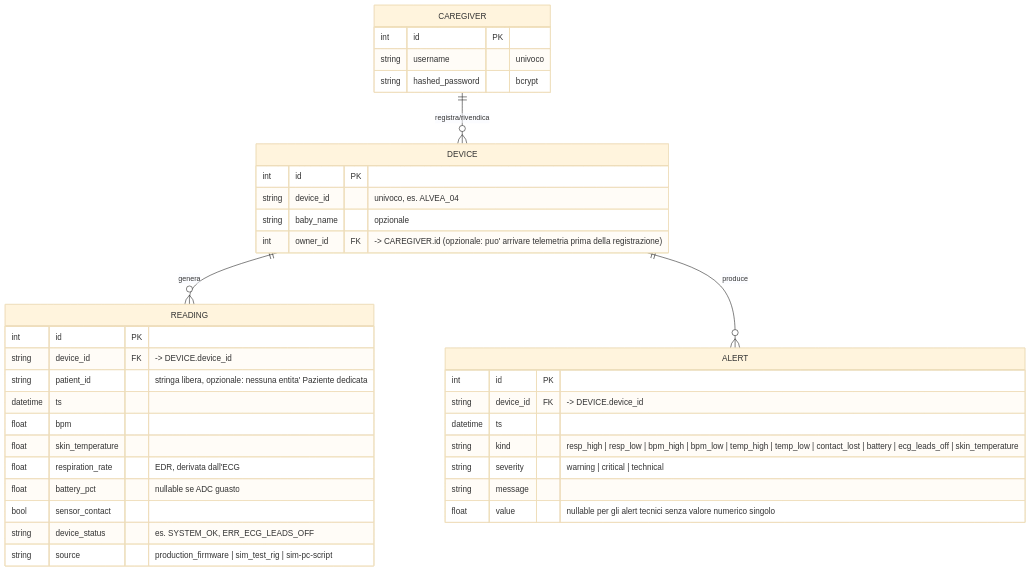
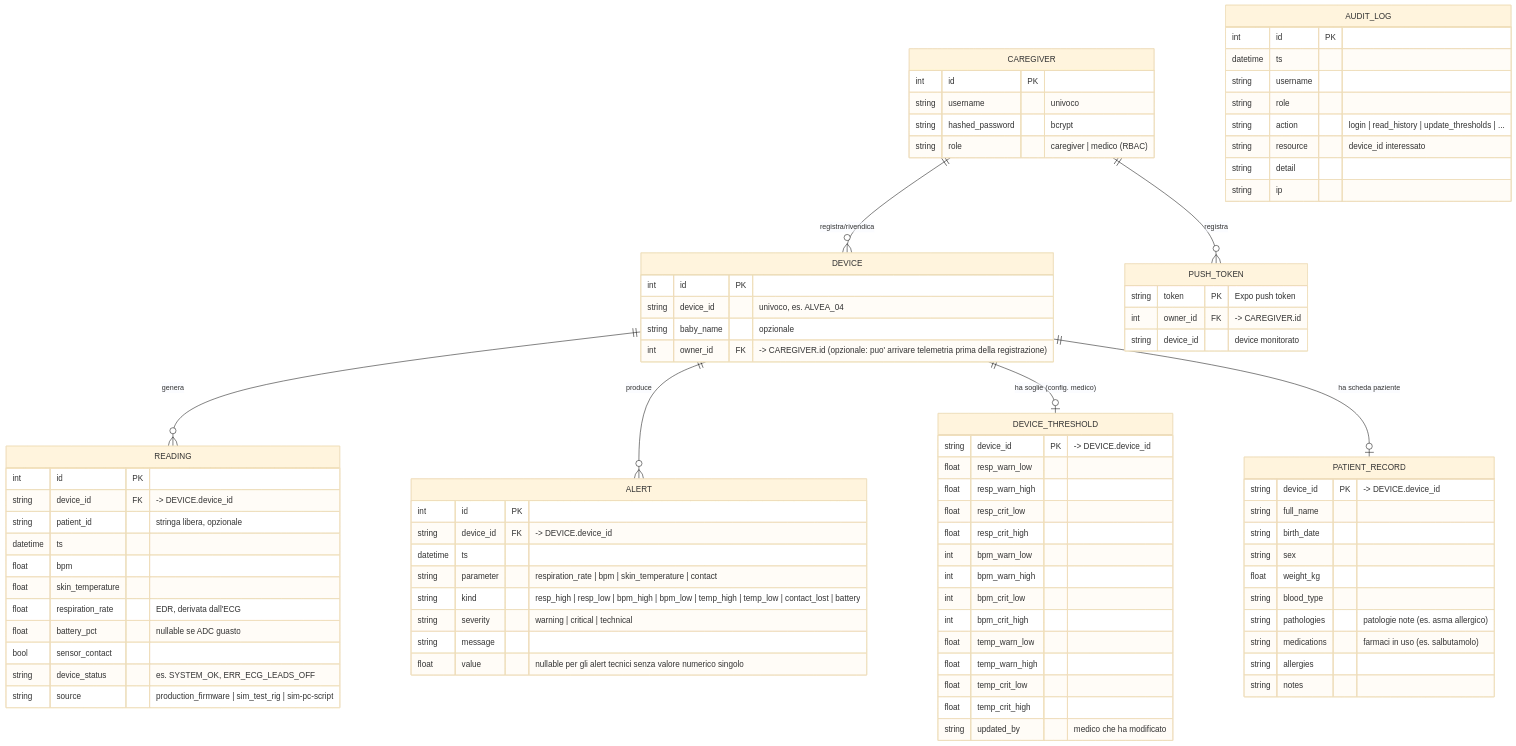
One commit to acrisci05/Alvea changed the diagram in docs/03-er-schema.md. Above: the diagram before and after it, drawn with Mermaid (base theme). The commit also changed other lines of this file and 3 other files, not shown here.

Commit message:
Aggiornato: documentazione - requisiti RQ-10/RQ-12 implementati, schema E-R con entita' soglie/scheda paziente/audit/push, diagramma sequenza con role, SICUREZZA.md con RBAC/alert/soglie/audit

````diff
--- a/docs/03-er-schema.md
+++ b/docs/03-er-schema.md
@@ -5,13 +5,17 @@
 ```mermaid
 erDiagram
     CAREGIVER ||--o{ DEVICE : "registra/rivendica"
+    CAREGIVER ||--o{ PUSH_TOKEN : "registra"
     DEVICE    ||--o{ READING : "genera"
     DEVICE    ||--o{ ALERT   : "produce"
+    DEVICE    ||--o| DEVICE_THRESHOLD : "ha soglie (config. medico)"
+    DEVICE    ||--o| PATIENT_RECORD : "ha scheda paziente"
 
     CAREGIVER {
         int    id PK
         string username "univoco"
         string hashed_password "bcrypt"
+        string role "caregiver | medico (RBAC)"
     }
     DEVICE {
         int    id PK
@@ -22,7 +26,7 @@
     READING {
         int      id PK
         string   device_id FK "-> DEVICE.device_id"
-        string   patient_id "stringa libera, opzionale: nessuna entita' Paziente dedicata"
+        string   patient_id "stringa libera, opzionale"
         datetime ts
         float    bpm
         float    skin_temperature
@@ -36,9 +40,53 @@
         int      id PK
         string   device_id FK "-> DEVICE.device_id"
         datetime ts
-        string   kind "resp_high | resp_low | bpm_high | bpm_low | temp_high | temp_low | contact_lost | battery | ecg_leads_off | skin_temperature"
+        string   parameter "respiration_rate | bpm | skin_temperature | contact"
+        string   kind "resp_high | resp_low | bpm_high | bpm_low | temp_high | temp_low | contact_lost | battery"
         string   severity "warning | critical | technical"
         string   message
         float    value "nullable per gli alert tecnici senza valore numerico singolo"
     }
+    DEVICE_THRESHOLD {
+        string device_id PK "-> DEVICE.device_id"
+        float  resp_warn_low
+        float  resp_warn_high
+        float  resp_crit_low
+        float  resp_crit_high
+        int    bpm_warn_low
+        int    bpm_warn_high
+        int    bpm_crit_low
+        int    bpm_crit_high
+        float  temp_warn_low
+        float  temp_warn_high
+        float  temp_crit_low
+        float  temp_crit_high
+        string updated_by "medico che ha modificato"
+    }
+    PATIENT_RECORD {
+        string device_id PK "-> DEVICE.device_id"
+        string full_name
+        string birth_date
+        string sex
+        float  weight_kg
+        string blood_type
+        string pathologies "patologie note (es. asma allergico)"
+        string medications "farmaci in uso (es. salbutamolo)"
+        string allergies
+        string notes
+    }
+    AUDIT_LOG {
+        int      id PK
+        datetime ts
+        string   username
+        string   role
+        string   action "login | read_history | update_thresholds | ..."
+        string   resource "device_id interessato"
+        string   detail
+        string   ip
+    }
+    PUSH_TOKEN {
+        string token PK "Expo push token"
+        int    owner_id FK "-> CAREGIVER.id"
+        string device_id "device monitorato"
+    }
 ```
````
